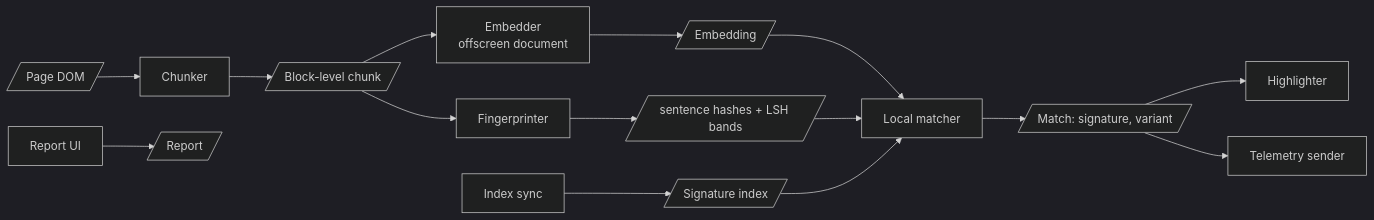
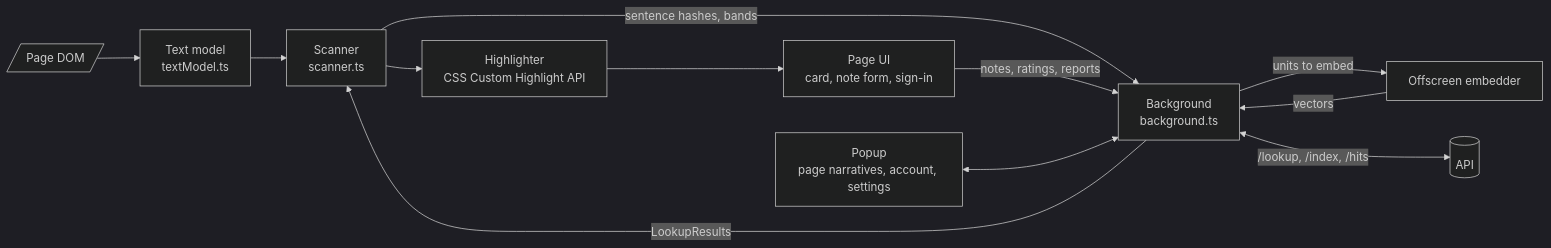
The third of 4 diagrams in docs/components.md (nlinnanen/konklaavi), drawn with Mermaid (dark theme) before and after one commit. The commit also changed other lines of this file and 6 other files, not shown here.

````diff
--- a/docs/components.md
+++ b/docs/components.md
@@ -78,17 +71,14 @@
 ```mermaid
 flowchart LR
-  DOM[/Page DOM/] --> Chunker
-  Chunker --> Chunk[/Block-level chunk/]
-  Chunk --> FP["Fingerprinter"]
-  FP --> Fp[/"sentence hashes + LSH bands"/]
-  Chunk --> Emb["Embedder<br/>offscreen document"]
-  Emb --> Vec[/Embedding/]
-  Vec --> Matcher
-  Sync["Index sync"] --> Idx[/Signature index/]
-  Fp --> Matcher["Local matcher"]
-  Idx --> Matcher
-  Matcher --> Match[/Match: signature, variant/]
-  Match --> HL["Highlighter"]
-  Match --> Tel["Telemetry sender"]
-  RUI["Report UI"] --> Rep[/Report/]
+  DOM[/Page DOM/] --> TM["Text model<br/>textModel.ts"]
+  TM --> Scan["Scanner<br/>scanner.ts"]
+  Scan -->|"sentence hashes, bands"| BG["Background<br/>background.ts"]
+  BG -->|units to embed| Off["Offscreen embedder"]
+  Off -->|vectors| BG
+  BG <-->|"/lookup, /index, /hits"| API[(API)]
+  BG -->|LookupResults| Scan
+  Scan --> HL["Highlighter<br/>CSS Custom Highlight API"]
+  HL --> UI["Page UI<br/>card, note form, sign-in"]
+  UI -->|"notes, ratings, reports"| BG
+  Pop["Popup<br/>page narratives, account, settings"] <--> BG
 ```
````
